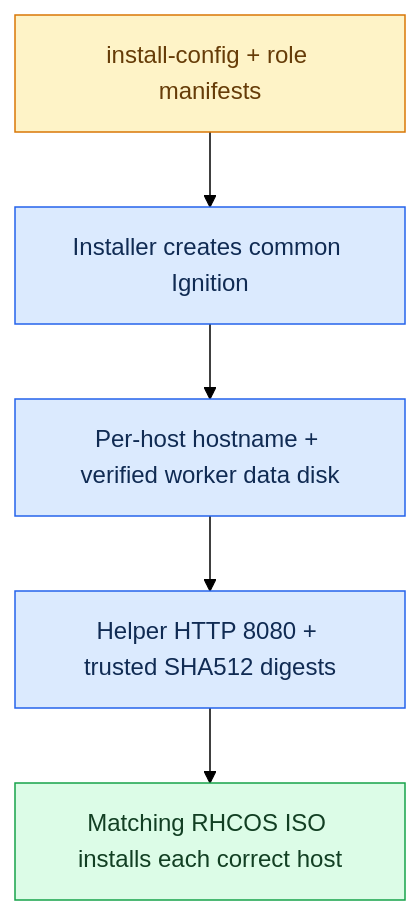
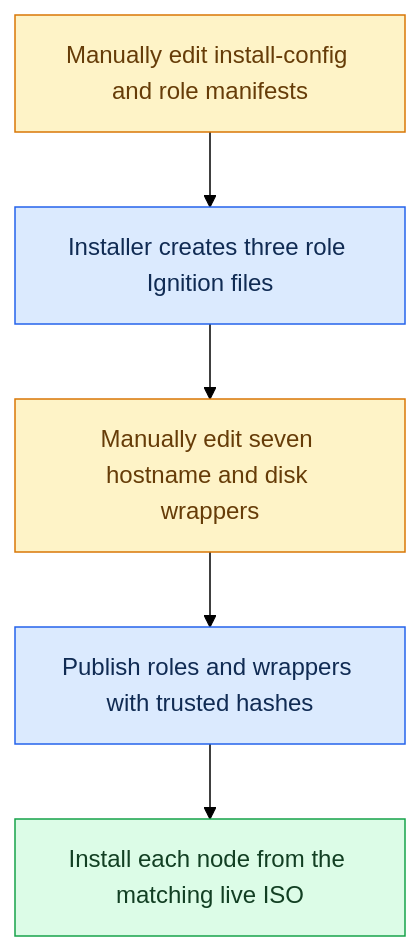
One commit to openhelpdevops/openstack_cloud changed the third of 6 diagrams in OPENSHIFT_4_22_VMWARE_UPI_OPENHELP_COMPLETE.md. Above: the diagram before and after it, drawn with Mermaid (forest theme). The commit also changed other lines of this file, not shown here.

````diff
--- a/OPENSHIFT_4_22_VMWARE_UPI_OPENHELP_COMPLETE.md
+++ b/OPENSHIFT_4_22_VMWARE_UPI_OPENHELP_COMPLETE.md
@@ -1095,14 +1481,15 @@
 ```mermaid
 flowchart TB
-    classDef config fill:#FEF3C7,stroke:#D97706,color:#663C08
+    classDef edit fill:#FEF3C7,stroke:#D97706,color:#663C08
     classDef asset fill:#DBEAFE,stroke:#2563EB,color:#102B53
     classDef boot fill:#DCFCE7,stroke:#16A34A,color:#123F23
-    Config["install-config + role manifests"]:::config
-    Assets["Installer creates common Ignition"]:::asset
-    Hosts["Per-host hostname + verified worker data disk"]:::asset
-    HTTP["Helper HTTP 8080 + trusted SHA512 digests"]:::asset
-    Boot["Matching RHCOS ISO installs each correct host"]:::boot
-    Config --> Assets --> Hosts
+    Edit["Manually edit install-config and role manifests"]:::edit
+    Roles["Installer creates three role Ignition files"]:::asset
+    Hosts["Manually edit seven hostname and disk wrappers"]:::edit
+    HTTP["Publish roles and wrappers with trusted hashes"]:::asset
+    ISO["Install each node from the matching live ISO"]:::boot
+    Edit --> Roles
+    Roles --> Hosts
     Hosts --> HTTP
-    HTTP --> Boot
+    HTTP --> ISO
 ```
````
